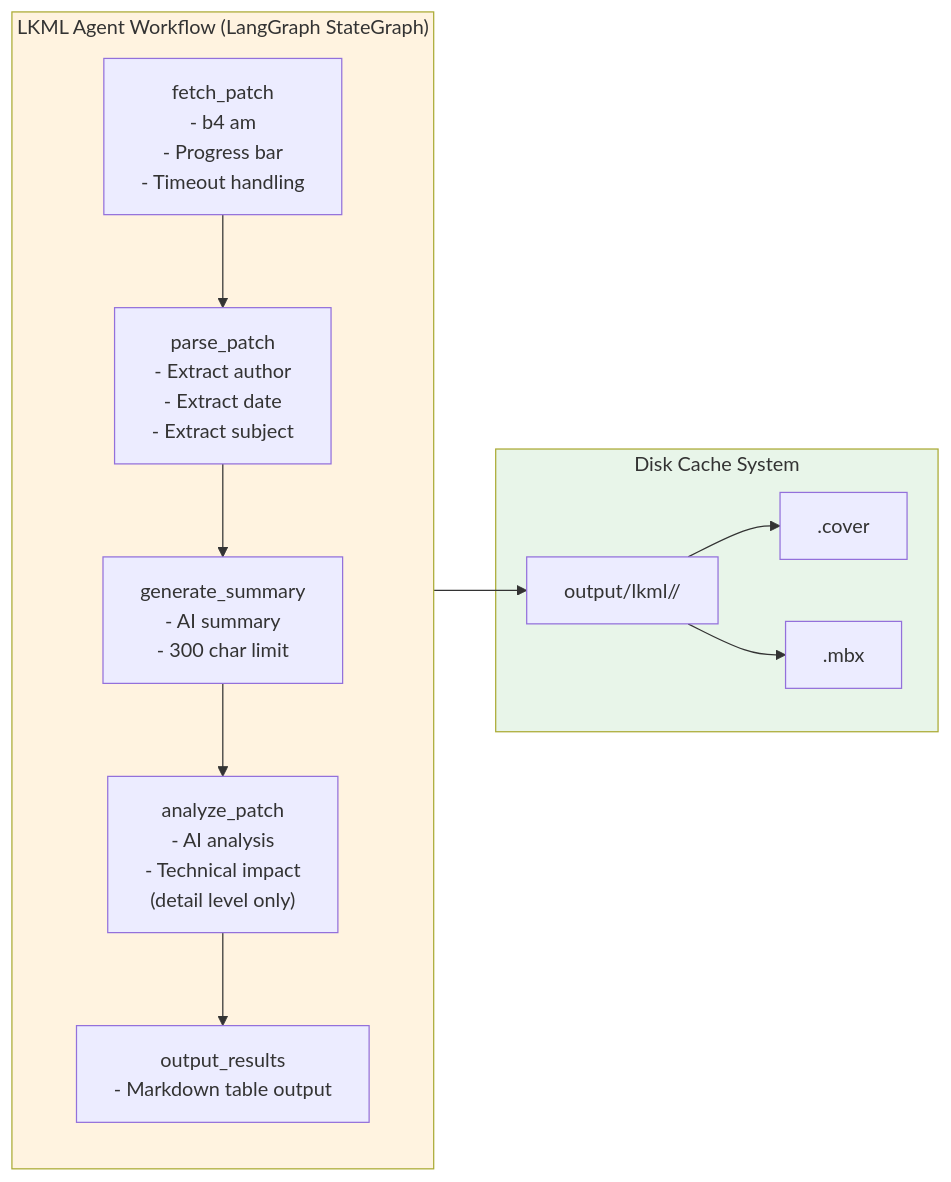
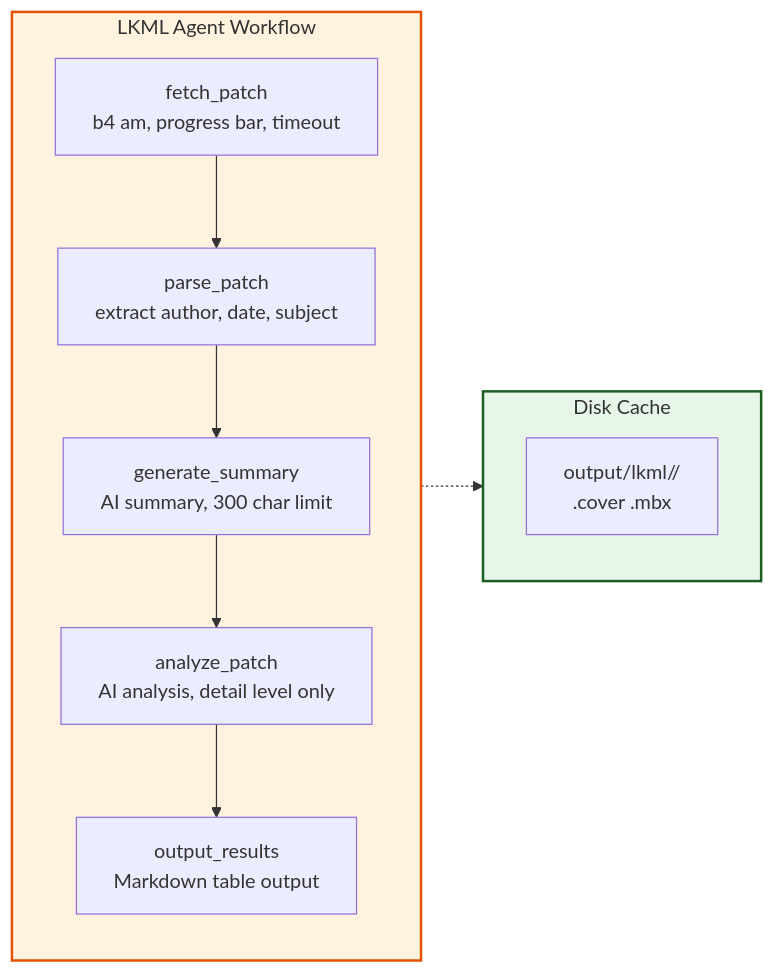
Before and after one commit to gatieme/kde: the diagram in diagrams/lkml-agent.mmd, drawn with Mermaid. The commit also changed other lines of this file and 66 other files, not shown here.

First line of the commit message:
docs(diagrams): regenerate and update architecture diagrams

````diff
--- a/diagrams/lkml-agent.mmd
+++ b/diagrams/lkml-agent.mmd
@@ -3,27 +1,19 @@
-```mermaid
 flowchart LR
-    subgraph LKML_Agent["LKML Agent Workflow (LangGraph StateGraph)"]
+    subgraph Workflow["LKML Agent Workflow"]
         direction TB
-
-        FETCH["fetch_patch<br/>- b4 am<br/>- Progress bar<br/>- Timeout handling"]
-        PARSE["parse_patch<br/>- Extract author<br/>- Extract date<br/>- Extract subject"]
-        GEN_SUM["generate_summary<br/>- AI summary<br/>- 300 char limit"]
-        ANALYZE["analyze_patch<br/>- AI analysis<br/>- Technical impact<br/>(detail level only)"]
-        OUTPUT["output_results<br/>- Markdown table output"]
+        FETCH["fetch_patch<br/>b4 am, progress bar, timeout"]
+        PARSE["parse_patch<br/>extract author, date, subject"]
+        GEN_SUM["generate_summary<br/>AI summary, 300 char limit"]
+        ANALYZE["analyze_patch<br/>AI analysis, detail level only"]
+        OUTPUT["output_results<br/>Markdown table output"]
     end
 
-    subgraph Cache["Disk Cache System"]
-        CACHE_DIR["output/lkml/<message-id>/"]
-        COVER["<message-id>.cover"]
-        MBX["<message-id>.mbx"]
+    subgraph Cache["Disk Cache"]
+        CACHE["output/lkml/<message-id>/<br/>.cover .mbx"]
     end
 
     FETCH --> PARSE --> GEN_SUM --> ANALYZE --> OUTPUT
+    OUTPUT -.-> Cache
 
- OUTPUT --> CACHE_DIR
-    CACHE_DIR --> COVER
-    CACHE_DIR --> MBX
-
-    style LKML_Agent fill:#fff3e0
-    style Cache fill:#e8f5e9
-```
+    style Workflow fill:#fff3e0,stroke:#e65100,stroke-width:2px
+    style Cache fill:#e8f5e9,stroke:#1b5e20,stroke-width:2px
````
